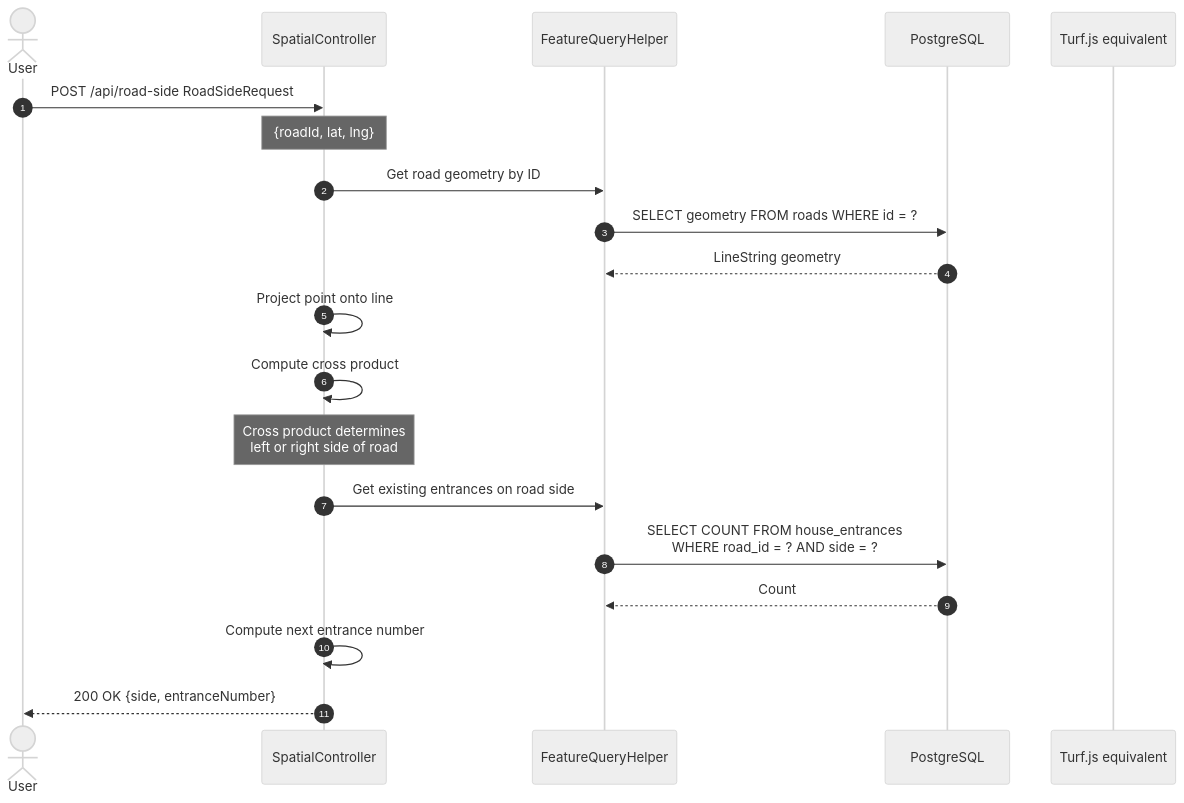
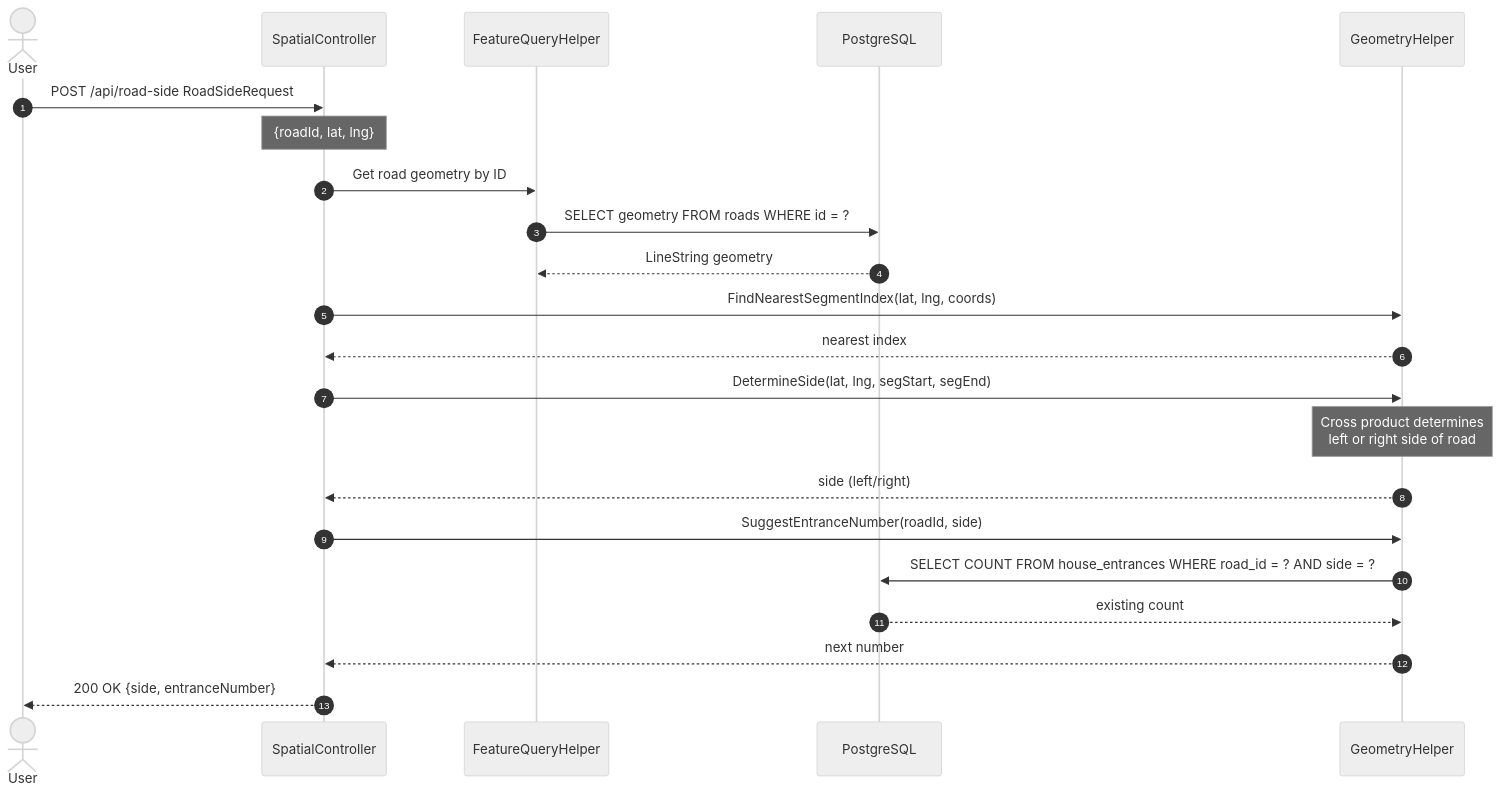
One commit to Zuhir-Benslama/NARS changed the seventh of 7 diagrams in docs/uml/nars-sequence-diagram.md. Above: the diagram before and after it, drawn with Mermaid (neutral theme). The commit also changed other lines of this file and 115 other files, not shown here.

First line of the commit message:
fix: code-quality campaign + CI workflow + UML refresh

````diff
--- a/docs/uml/nars-sequence-diagram.md
+++ b/docs/uml/nars-sequence-diagram.md
@@ -154,27 +280,30 @@
 ```mermaid
 sequenceDiagram
     autonumber
     actor User
     participant SpatialController
     participant FeatureQueryHelper
     participant PostgreSQL
-    participant Turf.js equivalent
+    participant GeometryHelper
 
     User->>SpatialController: POST /api/road-side RoadSideRequest
     Note over SpatialController: {roadId, lat, lng}
 
     SpatialController->>FeatureQueryHelper: Get road geometry by ID
     FeatureQueryHelper->>PostgreSQL: SELECT geometry FROM roads WHERE id = ?
     PostgreSQL-->>FeatureQueryHelper: LineString geometry
 
-    SpatialController->>SpatialController: Project point onto line
-    SpatialController->>SpatialController: Compute cross product
-    Note over SpatialController: Cross product determines<br/>left or right side of road
+    SpatialController->>GeometryHelper: FindNearestSegmentIndex(lat, lng, coords)
+    GeometryHelper-->>SpatialController: nearest index
 
-    SpatialController->>FeatureQueryHelper: Get existing entrances on road side
-    FeatureQueryHelper->>PostgreSQL: SELECT COUNT FROM house_entrances<br/>WHERE road_id = ? AND side = ?
-    PostgreSQL-->>FeatureQueryHelper: Count
+    SpatialController->>GeometryHelper: DetermineSide(lat, lng, segStart, segEnd)
+    Note over GeometryHelper: Cross product determines<br/>left or right side of road
+    GeometryHelper-->>SpatialController: side (left/right)
 
-    SpatialController->>SpatialController: Compute next entrance number
+    SpatialController->>GeometryHelper: SuggestEntranceNumber(roadId, side)
+    GeometryHelper->>PostgreSQL: SELECT COUNT FROM house_entrances WHERE road_id = ? AND side = ?
+    PostgreSQL-->>GeometryHelper: existing count
+    GeometryHelper-->>SpatialController: next number
+
     SpatialController-->>User: 200 OK {side, entranceNumber}
 ```
````
